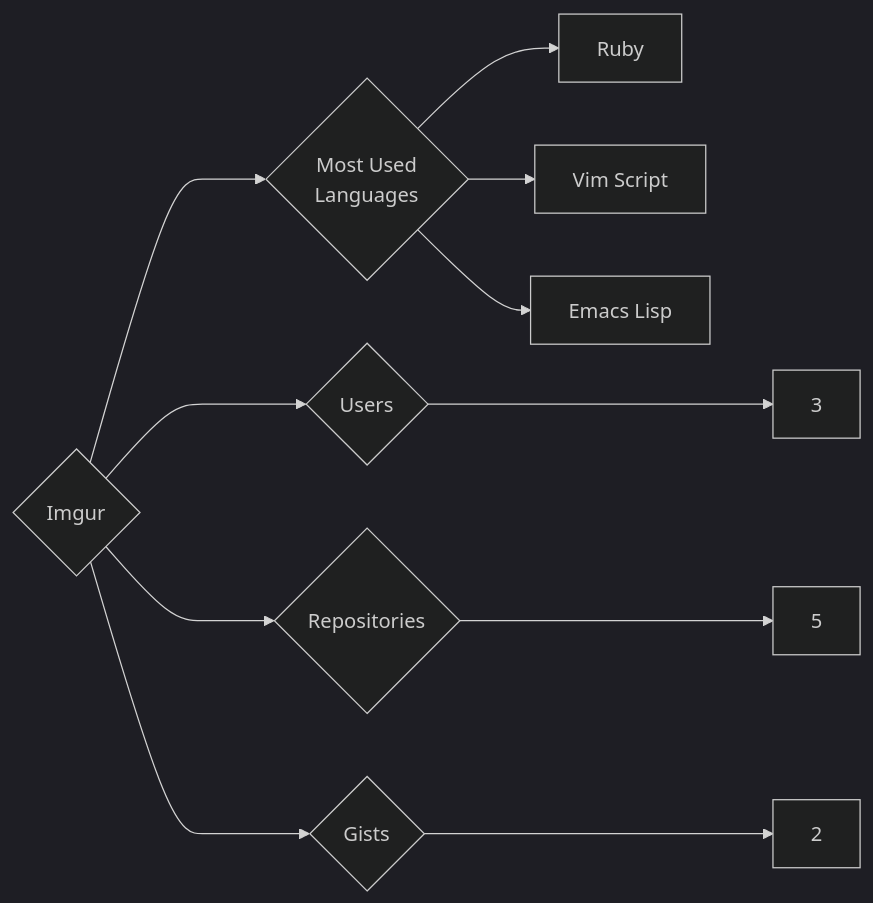
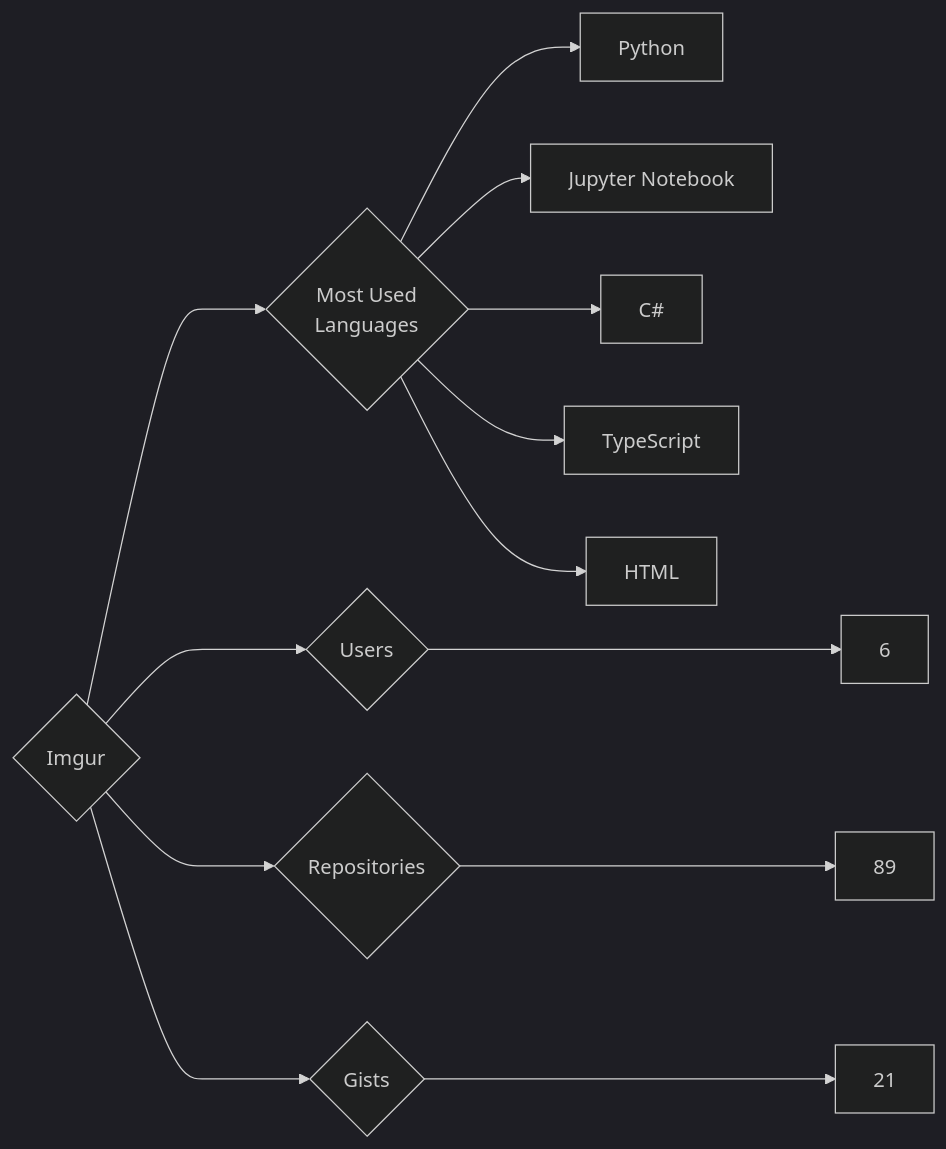
Before and after one commit to trickest/insiders: the diagram in targets/Imgur/README.md, drawn with Mermaid (dark theme). The commit also changed 1141 other files, not shown here.

````diff
--- a/targets/Imgur/README.md
+++ b/targets/Imgur/README.md
@@ -3,11 +3,13 @@
 ```mermaid
 graph LR
 COMPANY_NAME{Imgur}
-COMPANY_NAME ---> U{Users} ---> UN[3]
-COMPANY_NAME ---> R{Repositories} ---> RN[5]
-COMPANY_NAME ---> G{Gists} ---> GN[2]
+COMPANY_NAME ---> U{Users} ---> UN[6]
+COMPANY_NAME ---> R{Repositories} ---> RN[89]
+COMPANY_NAME ---> G{Gists} ---> GN[21]
 COMPANY_NAME ---> ML{Most Used<br>Languages}
-ML --> Ruby[Ruby]
-ML --> Vim_Script[Vim Script]
-ML --> Emacs_Lisp[Emacs Lisp]
+ML --> Python[Python]
+ML --> Jupyter_Notebook[Jupyter Notebook]
+ML --> C#[C#]
+ML --> TypeScript[TypeScript]
+ML --> HTML[HTML]
 ```
````
